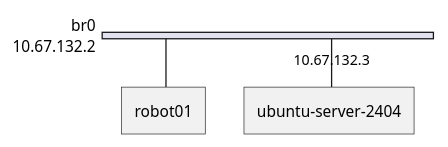
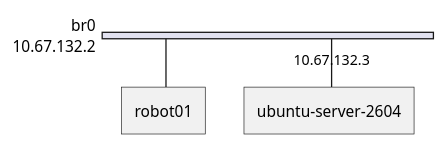
The diagram in slides.md (taylorific/kvm-training), drawn with PlantUML before and after one commit. The commit also changed other lines of this file and 2 other files, not shown here.

First line of the commit message:
Use Ubuntu 26.04 for the remaining VM examples

````diff
--- a/slides.md
+++ b/slides.md
@@ -1263,14 +1263,14 @@
 ```plantuml
 @startnwdiag
 
 nwdiag {
 
   network br0 {
     address = "10.67.132.2";
 
     robot01;
-    ubuntu-server-2404 [ address = "10.67.132.3"];
+    ubuntu-server-2604 [ address = "10.67.132.3"];
   }
 }
 @endnwdiag
 ```
````
